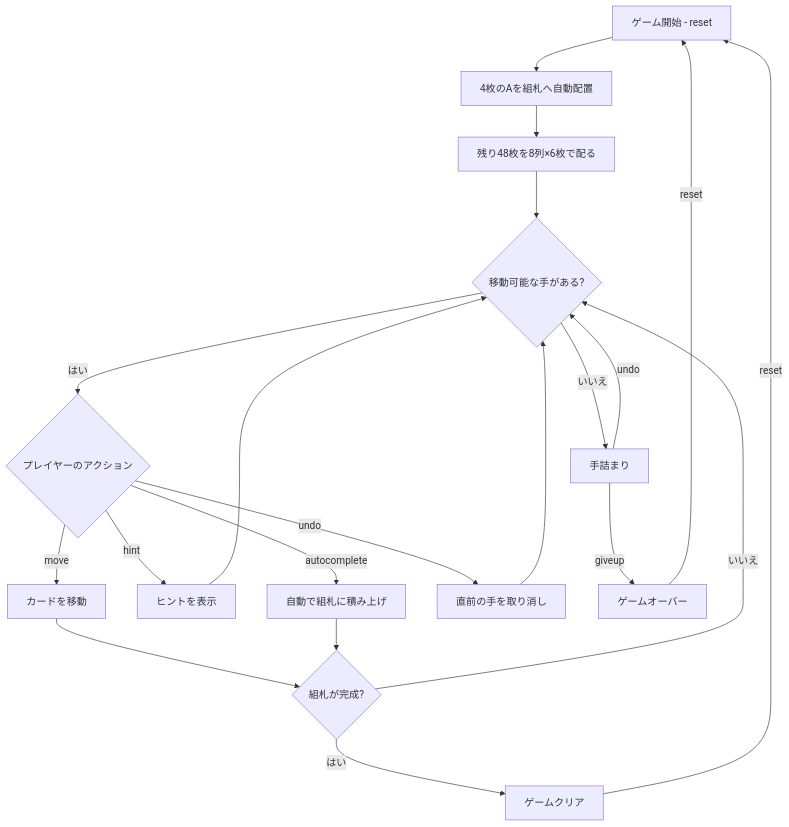
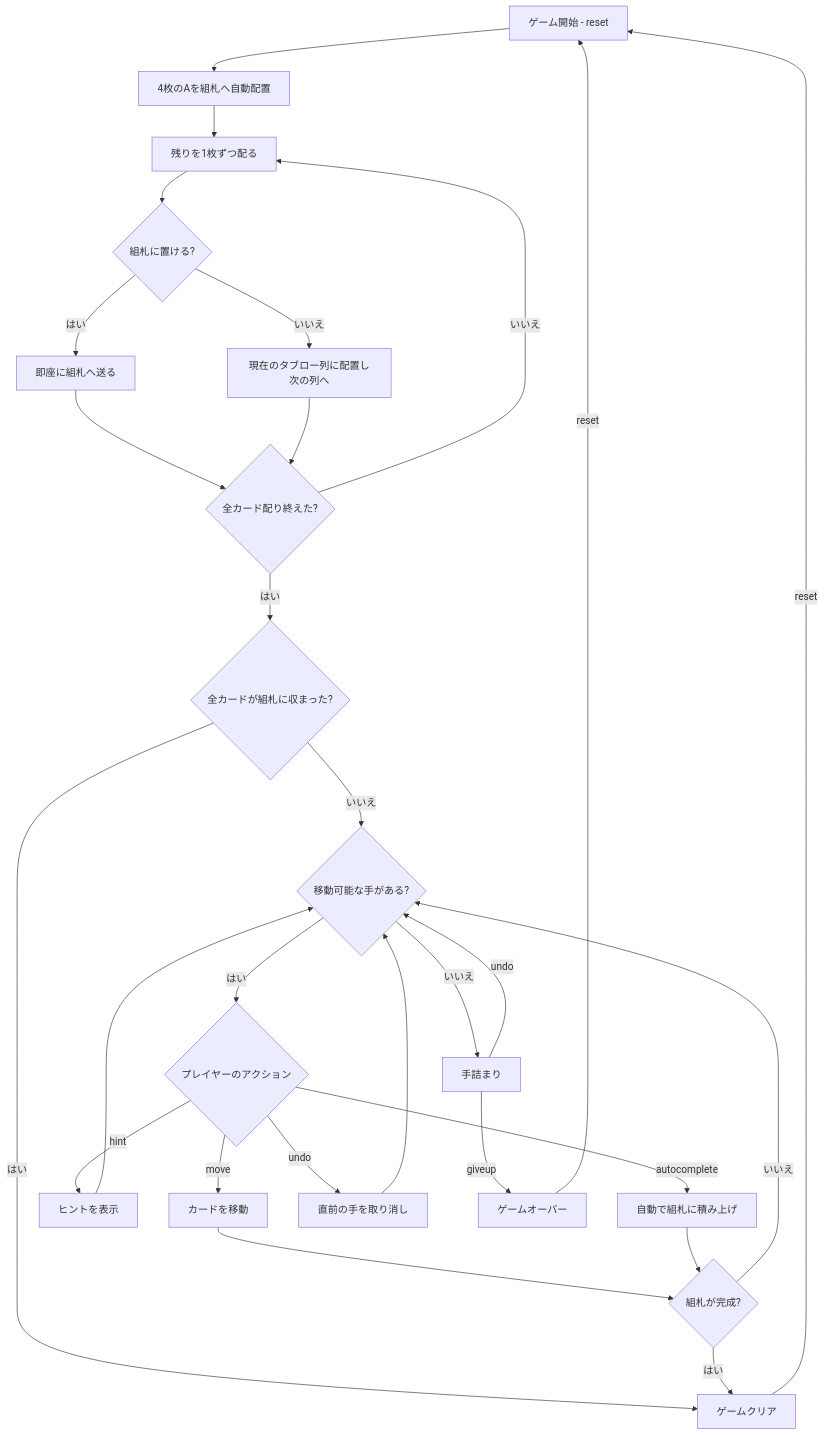
One commit to yuta-yoshinaga/go_trumpcards changed the diagram in docs/manual/cui/citadel.md. Above: the diagram before and after it, drawn with Mermaid. The commit also changed other lines of this file and 3 other files, not shown here.

````diff
--- a/docs/manual/cui/citadel.md
+++ b/docs/manual/cui/citadel.md
@@ -36,22 +37,30 @@
 ```mermaid
 flowchart TD
     A[ゲーム開始 - reset] --> B[4枚のAを組札へ自動配置]
-    B --> B2[残り48枚を8列×6枚で配る]
-    B2 --> C{移動可能な手がある?}
+    B --> B2[残りを1枚ずつ配る]
+    B2 --> B3{組札に置ける?}
+    B3 -->|はい| B4[即座に組札へ送る]
+    B3 -->|いいえ| B5[現在のタブロー列に配置し次の列へ]
+    B4 --> B6{全カード配り終えた?}
+    B5 --> B6
+    B6 -->|いいえ| B2
+    B6 -->|はい| B7{全カードが組札に収まった?}
+    B7 -->|はい| J[ゲームクリア]
+    B7 -->|いいえ| C{移動可能な手がある?}
     C -->|はい| D{プレイヤーのアクション}
     D -->|move| F[カードを移動]
     D -->|hint| G[ヒントを表示]
     D -->|autocomplete| H[自動で組札に積み上げ]
     D -->|undo| U[直前の手を取り消し]
     F --> I{組札が完成?}
     G --> C
     H --> I
     U --> C
     I -->|いいえ| C
-    I -->|はい| J[ゲームクリア]
+    I -->|はい| J
     C -->|いいえ| K[手詰まり]
     K -->|undo| C
     K -->|giveup| L[ゲームオーバー]
     J -->|reset| A
     L -->|reset| A
 ```
````
